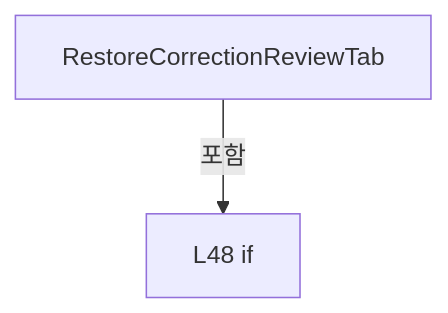
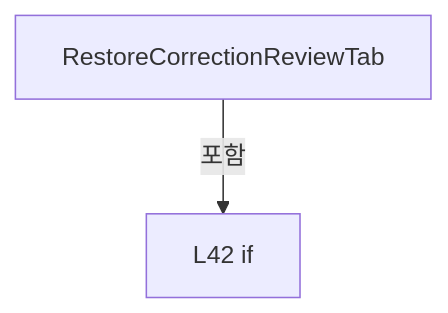
One commit to kjuws10-rgb/Shared changed the second of 6 diagrams in A3 LD Code Ref/files/Drilling.UI/Views/CCorrectionView.xaml.cs.md. Above: the diagram before and after it, drawn with Mermaid. The commit also changed other lines of this file and 1984 other files, not shown here.

Commit message:
docs(a3): update 11.17.0 architecture and complete code reference

````diff
--- a/A3 LD Code Ref/files/Drilling.UI/Views/CCorrectionView.xaml.cs.md
+++ b/A3 LD Code Ref/files/Drilling.UI/Views/CCorrectionView.xaml.cs.md
@@ -206,6 +197,6 @@
 ```mermaid
 flowchart TD
  M["RestoreCorrectionReviewTab"]
- N0["L48 if"]
+ N0["L42 if"]
  M -->|포함| N0
 ```
````
